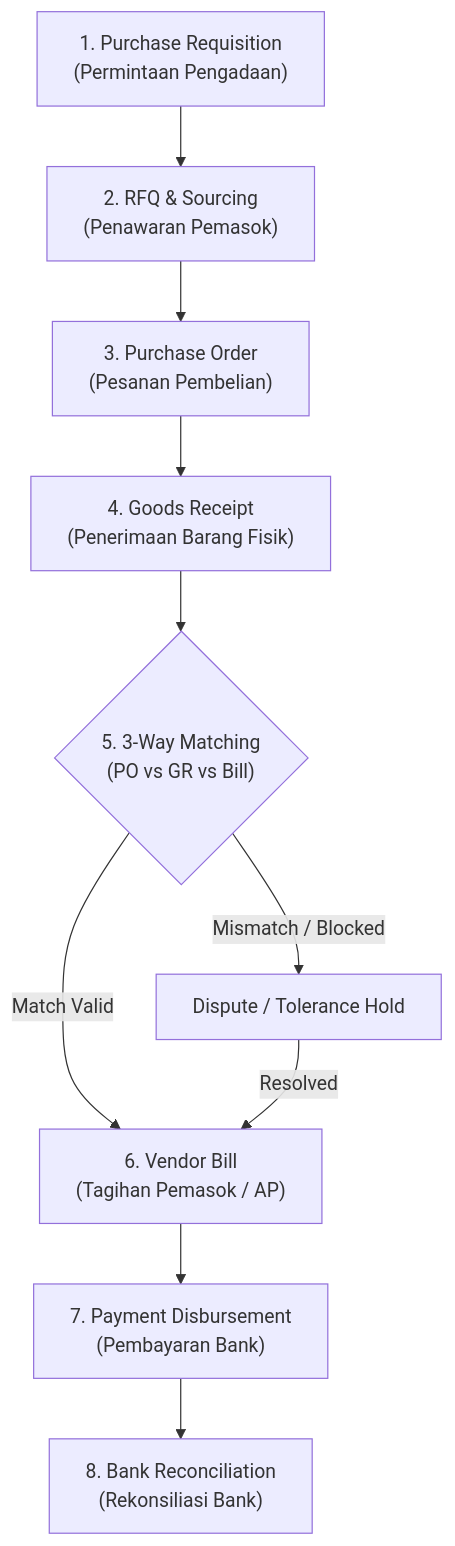
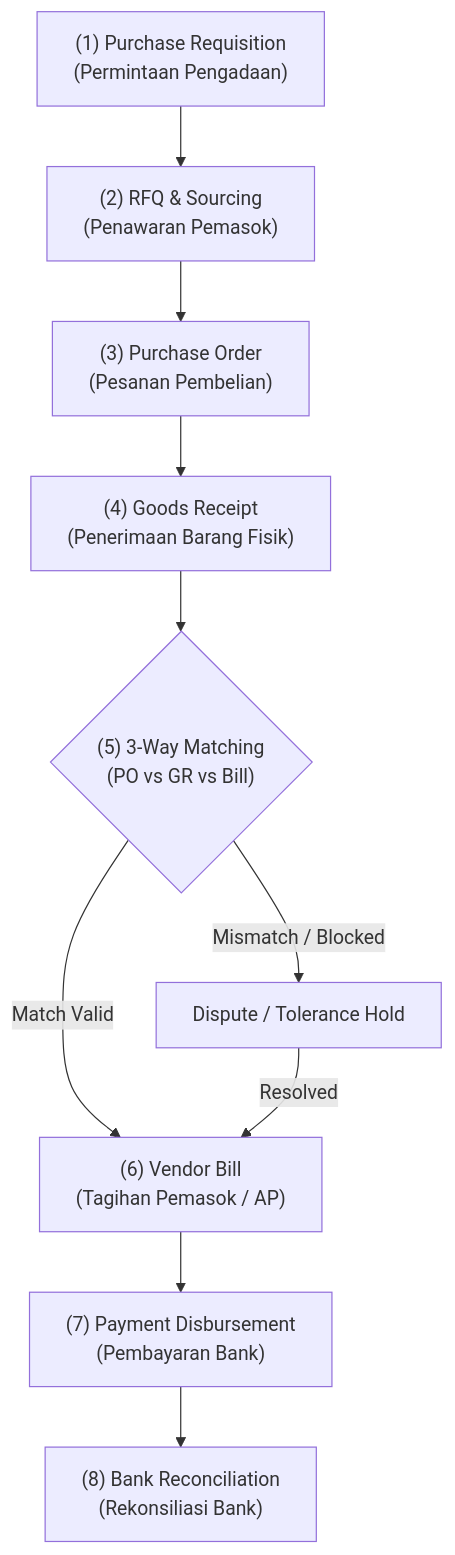
One commit to alimurrofid/erp-notes changed the diagram in content/01-business-processes/procure-to-pay.md. Above: the diagram before and after it, drawn with Mermaid. The commit also changed 132 other files, not shown here.

````diff
--- a/content/01-business-processes/procure-to-pay.md
+++ b/content/01-business-processes/procure-to-pay.md
@@ -17,13 +17,13 @@
 ```mermaid
 flowchart TD
-    PR["1. Purchase Requisition<br/>(Permintaan Pengadaan)"]
-    --> RFQ["2. RFQ & Sourcing<br/>(Penawaran Pemasok)"]
-    --> PO["3. Purchase Order<br/>(Pesanan Pembelian)"]
-    --> GR["4. Goods Receipt<br/>(Penerimaan Barang Fisik)"]
-    --> VM{"5. 3-Way Matching<br/>(PO vs GR vs Bill)"}
-    VM -->|Match Valid| VB["6. Vendor Bill<br/>(Tagihan Pemasok / AP)"]
+    PR["(1) Purchase Requisition<br/>(Permintaan Pengadaan)"]
+    --> RFQ["(2) RFQ & Sourcing<br/>(Penawaran Pemasok)"]
+    --> PO["(3) Purchase Order<br/>(Pesanan Pembelian)"]
+    --> GR["(4) Goods Receipt<br/>(Penerimaan Barang Fisik)"]
+    --> VM{"(5) 3-Way Matching<br/>(PO vs GR vs Bill)"}
+    VM -->|Match Valid| VB["(6) Vendor Bill<br/>(Tagihan Pemasok / AP)"]
     VM -->|Mismatch / Blocked| HLD["Dispute / Tolerance Hold"]
     HLD -->|Resolved| VB
-    VB --> PAY["7. Payment Disbursement<br/>(Pembayaran Bank)"]
-    PAY --> REC["8. Bank Reconciliation<br/>(Rekonsiliasi Bank)"]
+    VB --> PAY["(7) Payment Disbursement<br/>(Pembayaran Bank)"]
+    PAY --> REC["(8) Bank Reconciliation<br/>(Rekonsiliasi Bank)"]
 ```
````
